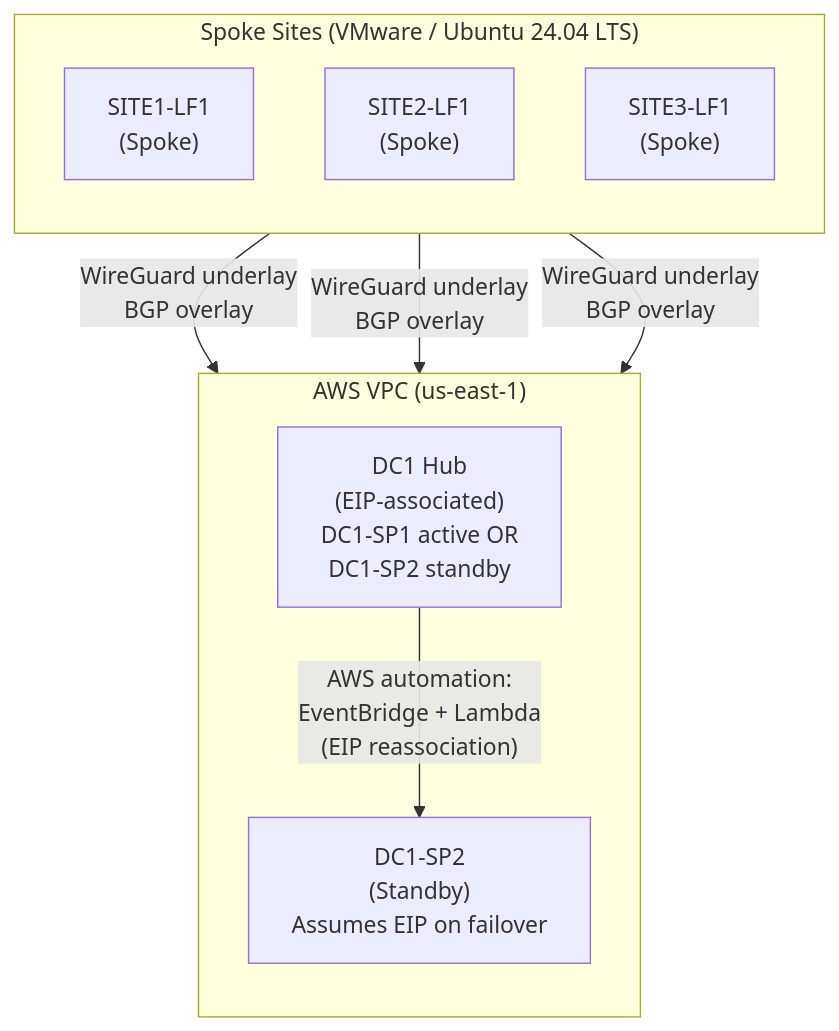
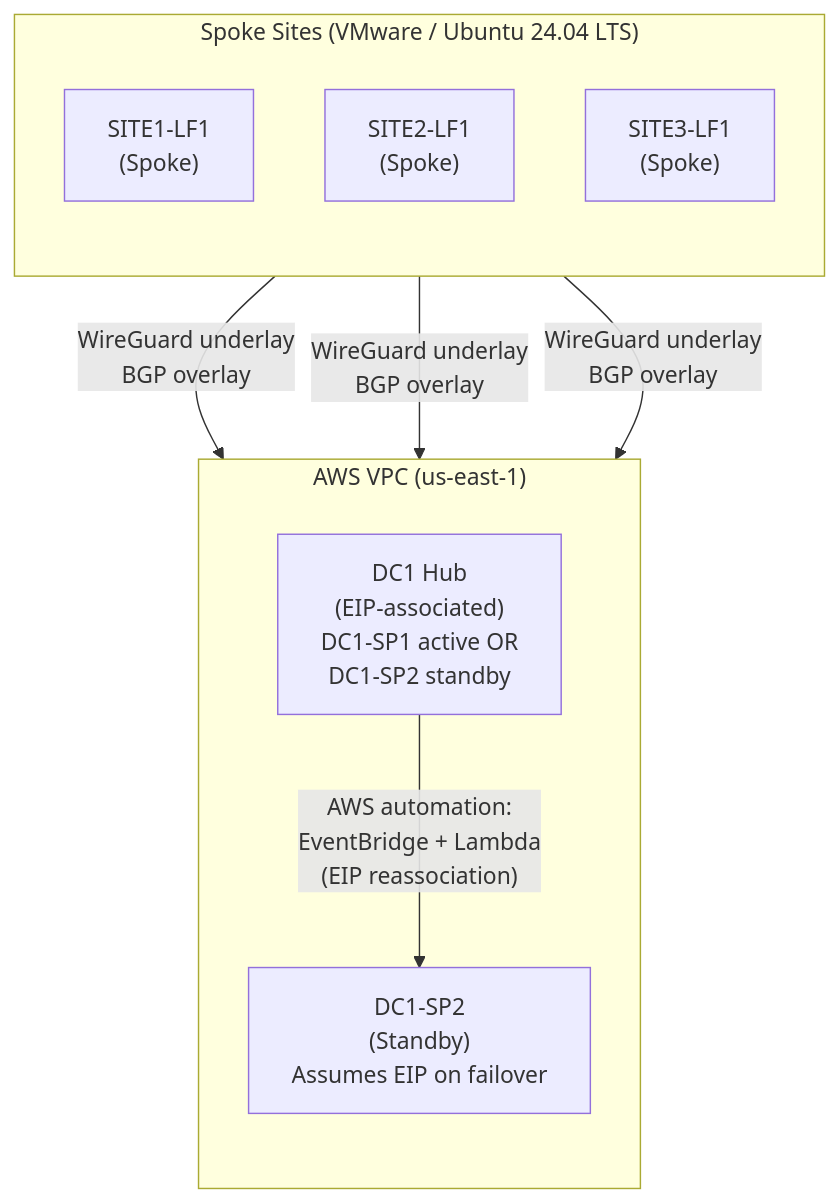
The diagram in diagrams/logical-architecture.mmd (erschmittnetwork/aws-wireguard-bgp-wan), drawn with Mermaid before and after one commit.

Commit message:
Test fix PNG.

```diff
--- a/diagrams/logical-architecture.mmd
+++ b/diagrams/logical-architecture.mmd
@@ -1,21 +1,20 @@
-%%{init: {'theme':'default','themeVariables': { 'fontFamily': 'Arial', 'fontSize': '16px' }}}%%
+%%{init: {'theme':'default','flowchart':{'htmlLabels': true, 'nodeSpacing': 50, 'rankSpacing': 80}}}%%
 graph TD
-
   subgraph Sites["Spoke Sites (VMware / Ubuntu 24.04 LTS) "]
     direction TB
     SITE1["SITE1-LF1<br/>(Spoke)"]
     SITE2["SITE2-LF1<br/>(Spoke)"]
     SITE3["SITE3-LF1<br/>(Spoke)"]
   end
 
   subgraph AWS["AWS VPC (us-east-1)"]
     direction TB
     HUB["DC1 Hub<br/>(EIP-associated)<br/>DC1-SP1 active OR<br/>DC1-SP2 standby"]
     HUB2["DC1-SP2<br/>(Standby)<br/>Assumes EIP on failover"]
   end
 
   SITE1 -->|"WireGuard underlay<br/>BGP overlay"| HUB
   SITE2 -->|"WireGuard underlay<br/>BGP overlay"| HUB
   SITE3 -->|"WireGuard underlay<br/>BGP overlay"| HUB
 
   HUB -->|"AWS automation:<br/>EventBridge + Lambda<br/>(EIP reassociation)"| HUB2
```
